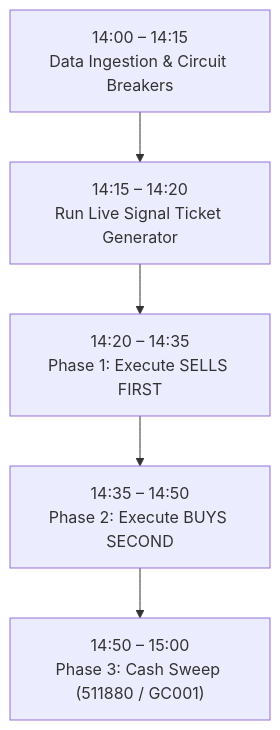
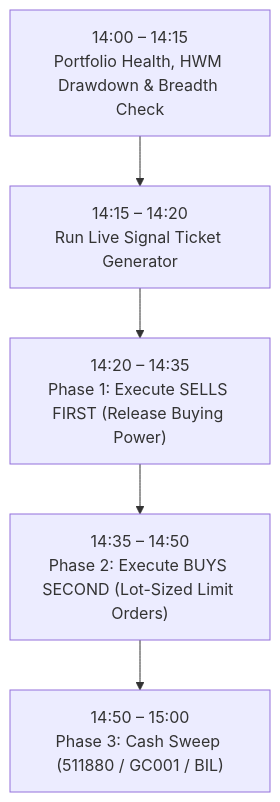
Before and after one commit to stonewell/quant_research: the second of 2 diagrams in docs/ruleset/chan_four_state_blend/live_deployment_guide.md, drawn with Mermaid. The commit also changed other lines of this file and 6 other files, not shown here.

````diff
--- a/docs/ruleset/chan_four_state_blend/live_deployment_guide.md
+++ b/docs/ruleset/chan_four_state_blend/live_deployment_guide.md
@@ -27,7 +86,7 @@
 ```mermaid
 flowchart TD
-    T1["14:00 – 14:15<br>Data Ingestion & Circuit Breakers"] --> T2["14:15 – 14:20<br>Run Live Signal Ticket Generator"]
-    T2 --> T3["14:20 – 14:35<br>Phase 1: Execute SELLS FIRST"]
-    T3 --> T4["14:35 – 14:50<br>Phase 2: Execute BUYS SECOND"]
-    T4 --> T5["14:50 – 15:00<br>Phase 3: Cash Sweep (511880 / GC001)"]
+    T1["14:00 – 14:15<br>Portfolio Health, HWM Drawdown & Breadth Check"] --> T2["14:15 – 14:20<br>Run Live Signal Ticket Generator"]
+    T2 --> T3["14:20 – 14:35<br>Phase 1: Execute SELLS FIRST (Release Buying Power)"]
+    T3 --> T4["14:35 – 14:50<br>Phase 2: Execute BUYS SECOND (Lot-Sized Limit Orders)"]
+    T4 --> T5["14:50 – 15:00<br>Phase 3: Cash Sweep (511880 / GC001 / BIL)"]
 ```
````
